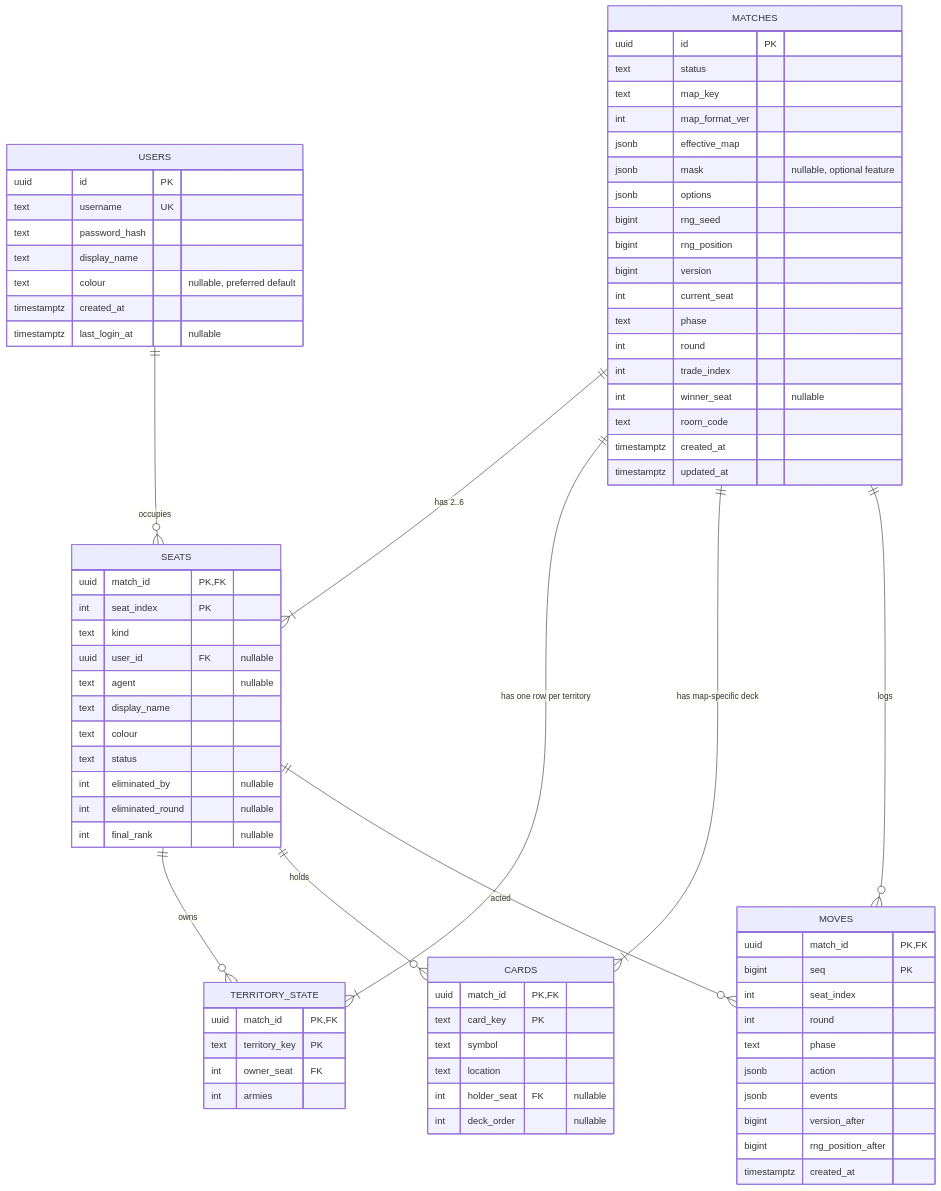
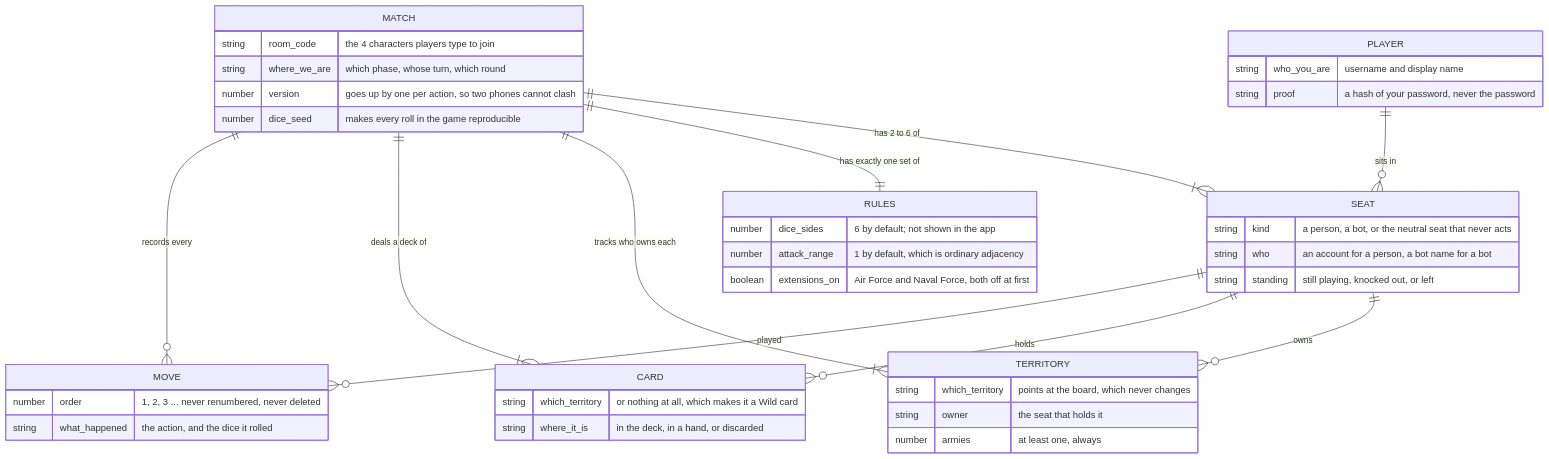
One commit to MujtabaNite/Order_And_Conquest changed the diagram in docs/06-database-design.md. Above: the diagram before and after it, drawn with Mermaid. The commit also changed other lines of this file and 13 other files, not shown here.

````diff
--- a/docs/06-database-design.md
+++ b/docs/06-database-design.md
@@ -31,85 +151,46 @@
 ```mermaid
 erDiagram
-    USERS ||--o{ SEATS : "occupies"
-    MATCHES ||--|{ SEATS : "has 2..6"
-    MATCHES ||--|{ TERRITORY_STATE : "has one row per territory"
-    MATCHES ||--|{ CARDS : "has map-specific deck"
-    MATCHES ||--o{ MOVES : "logs"
-    SEATS ||--o{ TERRITORY_STATE : "owns"
-    SEATS ||--o{ CARDS : "holds"
-    SEATS ||--o{ MOVES : "acted"
+    PLAYER ||--o{ SEAT : "sits in"
+    MATCH  ||--|{ SEAT : "has 2 to 6 of"
+    MATCH  ||--|| RULES : "has exactly one set of"
+    MATCH  ||--|{ TERRITORY : "tracks who owns each"
+    MATCH  ||--|{ CARD : "deals a deck of"
+    MATCH  ||--o{ MOVE : "records every"
+    SEAT   ||--o{ TERRITORY : "owns"
+    SEAT   ||--o{ CARD : "holds"
+    SEAT   ||--o{ MOVE : "played"
 
-    USERS {
-        uuid id PK
-        text username UK
-        text password_hash
-        text display_name
-        text colour "nullable, preferred default"
-        timestamptz created_at
-        timestamptz last_login_at "nullable"
+    PLAYER {
+        string who_you_are "username and display name"
+        string proof "a hash of your password, never the password"
     }
-
-    MATCHES {
-        uuid id PK
-        text status
-        text map_key
-        int map_format_ver
-        jsonb effective_map
-        jsonb mask "nullable, optional feature"
-        jsonb options
-        bigint rng_seed
-        bigint rng_position
-        bigint version
-        int current_seat
-        text phase
-        int round
-        int trade_index
-        int winner_seat "nullable"
-        text room_code
-        timestamptz created_at
-        timestamptz updated_at
+    MATCH {
+        string room_code "the 4 characters players type to join"
+        string where_we_are "which phase, whose turn, which round"
+        number version "goes up by one per action, so two phones cannot clash"
+        number dice_seed "makes every roll in the game reproducible"
     }
-
-    SEATS {
-        uuid match_id PK, FK
-        int seat_index PK
-        text kind
-        uuid user_id FK "nullable"
-        text agent "nullable"
-        text display_name
-        text colour
-        text status
-        int eliminated_by "nullable"
-        int eliminated_round "nullable"
-        int final_rank "nullable"
+    RULES {
+        number dice_sides "6 by default; not shown in the app"
+        number attack_range "1 by default, which is ordinary adjacency"
+        boolean extensions_on "Air Force and Naval Force, both off at first"
     }
-
-    TERRITORY_STATE {
-        uuid match_id PK, FK
-        text territory_key PK
-        int owner_seat FK
-        int armies
+    SEAT {
+        string kind "a person, a bot, or the neutral seat that never acts"
+        string who "an account for a person, a bot name for a bot"
+        string standing "still playing, knocked out, or left"
     }
-
-    CARDS {
-        uuid match_id PK, FK
-        text card_key PK
-        text symbol
-        text location
-        int holder_seat FK "nullable"
-        int deck_order "nullable"
+    TERRITORY {
+        string which_territory "points at the board, which never changes"
+        string owner "the seat that holds it"
+        number armies "at least one, always"
     }
-
-    MOVES {
-        uuid match_id PK, FK
-        bigint seq PK
-        int seat_index
-        int round
-        text phase
-        jsonb action
-        jsonb events
-        bigint version_after
-        bigint rng_position_after
-        timestamptz created_at
+    CARD {
+        string which_territory "or nothing at all, which makes it a Wild card"
+        string where_it_is "in the deck, in a hand, or discarded"
+    }
+    MOVE {
+        number order "1, 2, 3 ... never renumbered, never deleted"
+        string what_happened "the action, and the dice it rolled"
     }
 ```
````
